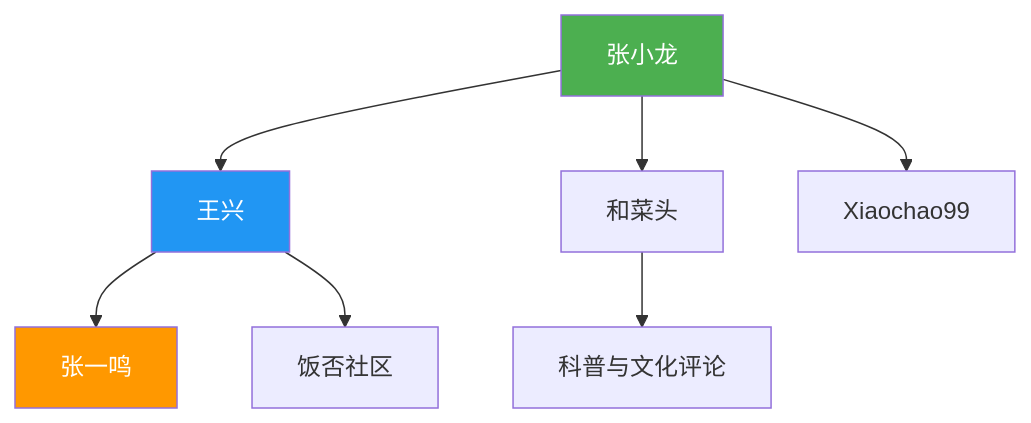
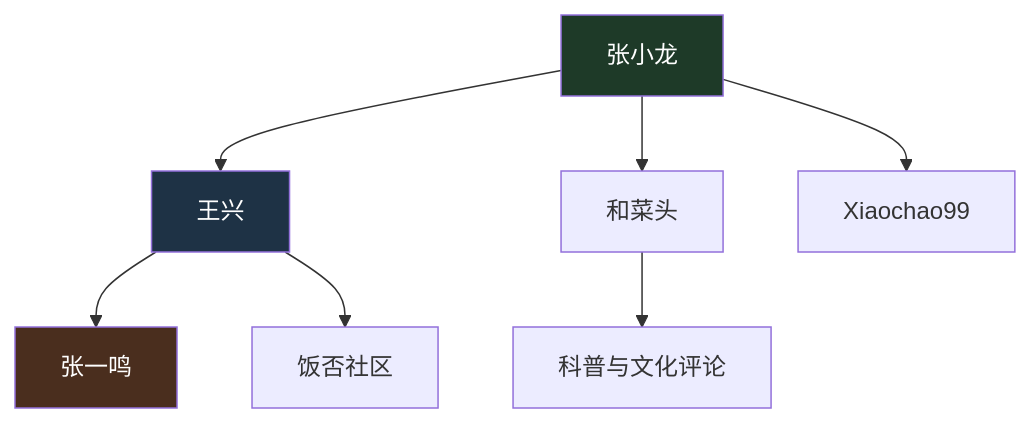
The third of 3 diagrams in content/people/张小龙.md (qinwenshi/wiki), drawn with Mermaid before and after one commit. The commit also changed 13 other files, not shown here.

First line of the commit message:
Fix Mermaid theme: Catppuccin dark palette for all diagram types

````diff
--- a/content/people/张小龙.md
+++ b/content/people/张小龙.md
@@ -137,13 +137,13 @@
 ```mermaid
 graph TD
     ZXL[张小龙] --> WX[王兴]
     ZXL --> HCT[和菜头]
     ZXL --> XC[Xiaochao99]
     WX --> ZYM[张一鸣]
     WX --> FFZB[饭否社区]
     HCT --> KPMZX[科普与文化评论]
     
-    style ZXL fill:#4CAF50,color:#fff
-    style WX fill:#2196F3,color:#fff
-    style ZYM fill:#FF9800,color:#fff
+    style ZXL fill:#1e3a28,color:#fff
+    style WX fill:#1e3245,color:#fff
+    style ZYM fill:#4a2e1e,color:#fff
 ```
````
